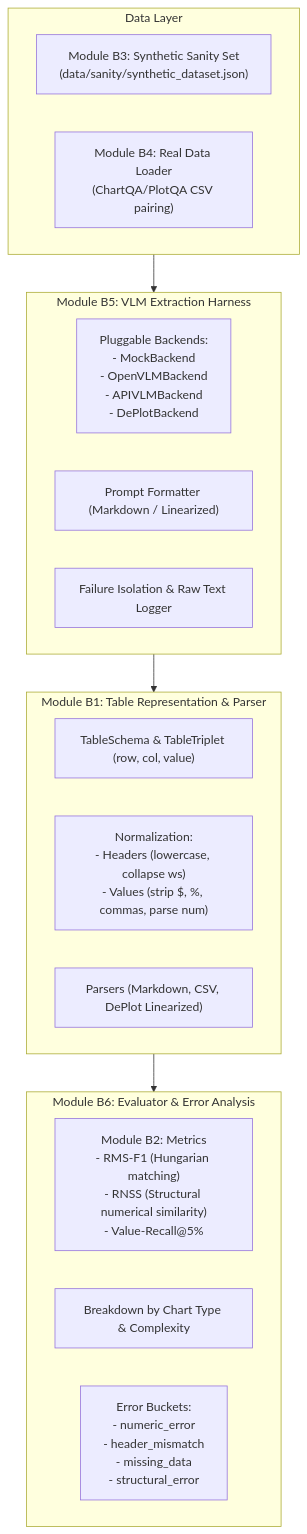
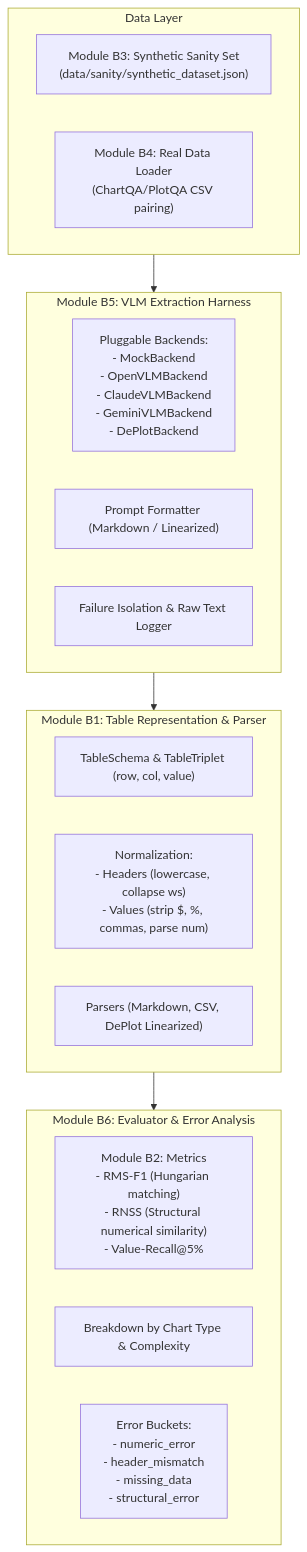
One commit to theDoub/HK261-DAGD1-081 changed the diagram in README.md. Above: the diagram before and after it, drawn with Mermaid. The commit also changed other lines of this file and 11 other files, not shown here.

````diff
--- a/README.md
+++ b/README.md
@@ -11,29 +65,29 @@
 ```mermaid
 flowchart TD
     subgraph DataIngestion["Data Layer"]
         B3["Module B3: Synthetic Sanity Set\n(data/sanity/synthetic_dataset.json)"]
         B4["Module B4: Real Data Loader\n(ChartQA/PlotQA CSV pairing)"]
     end
 
     subgraph Extraction["Module B5: VLM Extraction Harness"]
-        BH["Pluggable Backends:\n- MockBackend\n- OpenVLMBackend\n- APIVLMBackend\n- DePlotBackend"]
+        BH["Pluggable Backends:\n- MockBackend\n- OpenVLMBackend\n- ClaudeVLMBackend\n- GeminiVLMBackend\n- DePlotBackend"]
         PR["Prompt Formatter (Markdown / Linearized)"]
         EH["Failure Isolation & Raw Text Logger"]
     end
 
     subgraph Representation["Module B1: Table Representation & Parser"]
         TS["TableSchema & TableTriplet (row, col, value)"]
         NORM["Normalization:\n- Headers (lowercase, collapse ws)\n- Values (strip $, %, commas, parse num)"]
         PARS["Parsers (Markdown, CSV, DePlot Linearized)"]
     end
 
     subgraph Evaluation["Module B6: Evaluator & Error Analysis"]
         B2["Module B2: Metrics\n- RMS-F1 (Hungarian matching)\n- RNSS (Structural numerical similarity)\n- Value-Recall@5%"]
         AGG["Breakdown by Chart Type & Complexity"]
         ERR["Error Buckets:\n- numeric_error\n- header_mismatch\n- missing_data\n- structural_error"]
     end
 
     DataIngestion --> Extraction
     Extraction --> Representation
     Representation --> Evaluation
 ```
````
